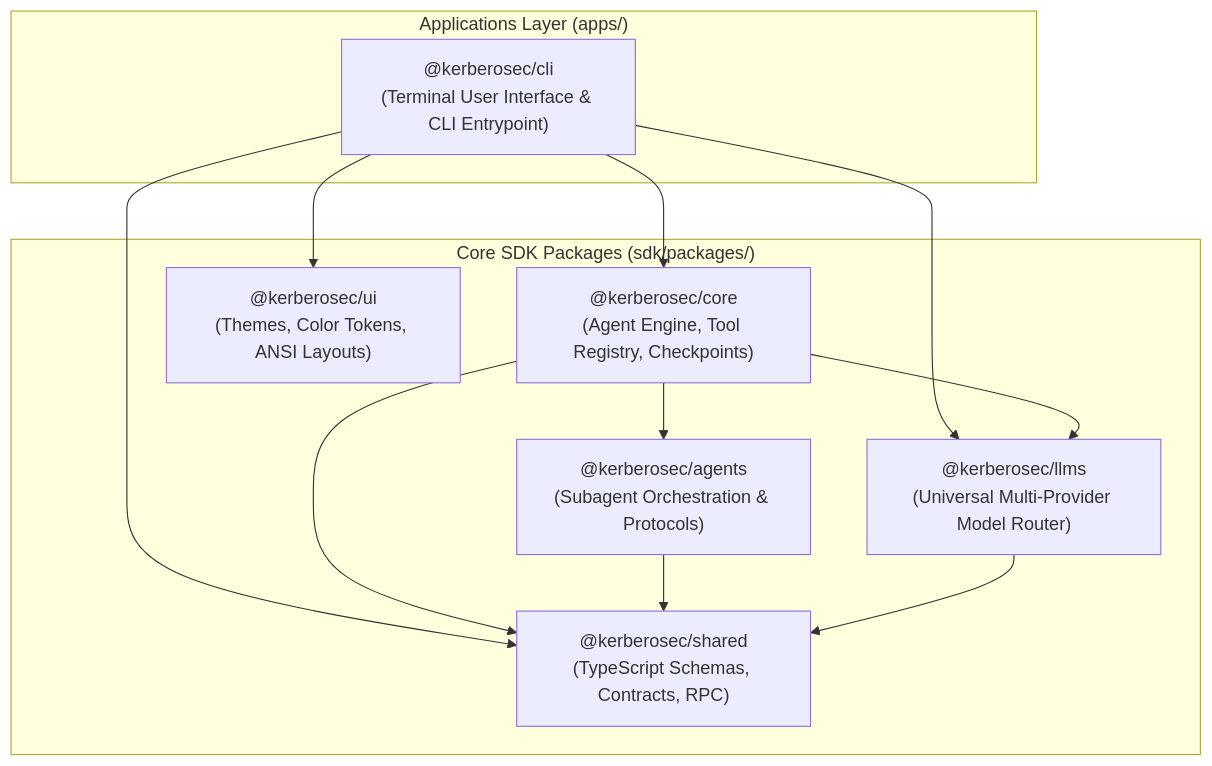
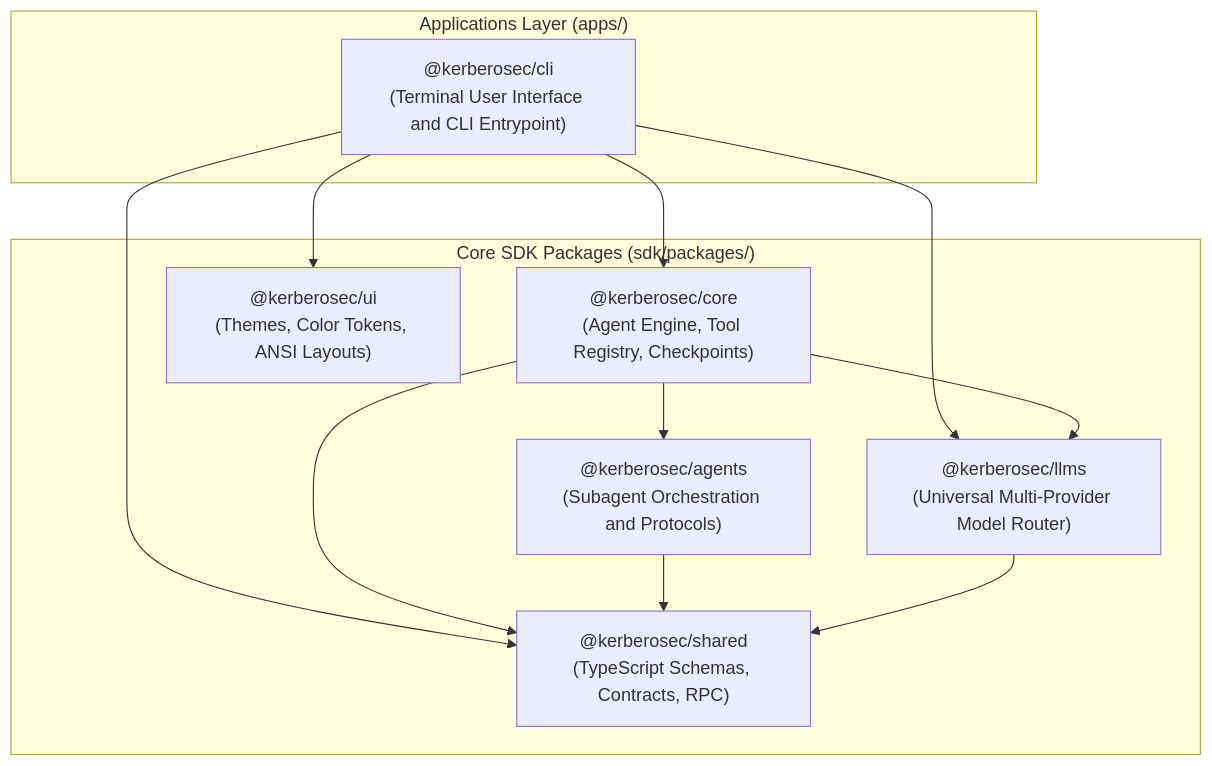
The first of 24 diagrams in README.md (KerberoSec/KerberoSec-CLI), drawn with Mermaid before and after one commit. The commit also changed other lines of this file and 5 other files, not shown here.

````diff
--- a/README.md
+++ b/README.md
@@ -162,24 +269,24 @@
 ```mermaid
 graph TD
     subgraph AppsLayer ["Applications Layer (apps/)"]
-        CLI["@kerberosec/cli<br>(Terminal User Interface & CLI Entrypoint)"]
+        CLI["@kerberosec/cli<br>(Terminal User Interface and CLI Entrypoint)"]
     end
 
     subgraph CoreSDK ["Core SDK Packages (sdk/packages/)"]
         Core["@kerberosec/core<br>(Agent Engine, Tool Registry, Checkpoints)"]
         LLMs["@kerberosec/llms<br>(Universal Multi-Provider Model Router)"]
-        Agents["@kerberosec/agents<br>(Subagent Orchestration & Protocols)"]
+        Agents["@kerberosec/agents<br>(Subagent Orchestration and Protocols)"]
         Shared["@kerberosec/shared<br>(TypeScript Schemas, Contracts, RPC)"]
         UI["@kerberosec/ui<br>(Themes, Color Tokens, ANSI Layouts)"]
     end
 
     CLI --> Core
     CLI --> LLMs
     CLI --> Shared
     CLI --> UI
     Core --> LLMs
     Core --> Agents
     Core --> Shared
     Agents --> Shared
     LLMs --> Shared
 ```
````
